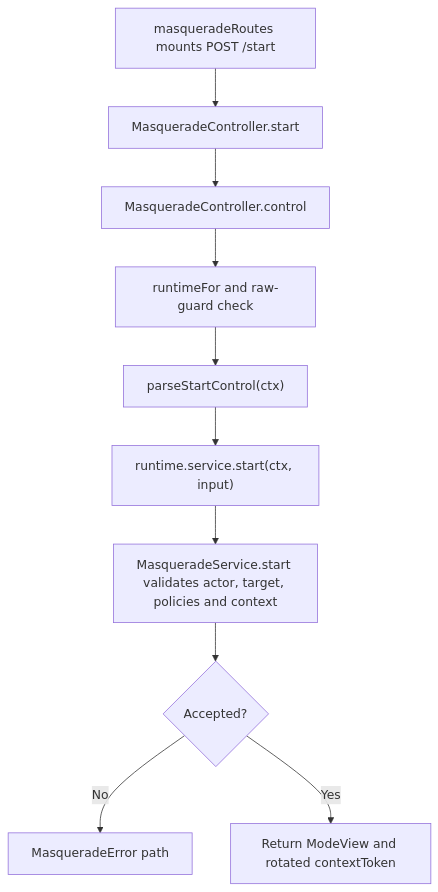
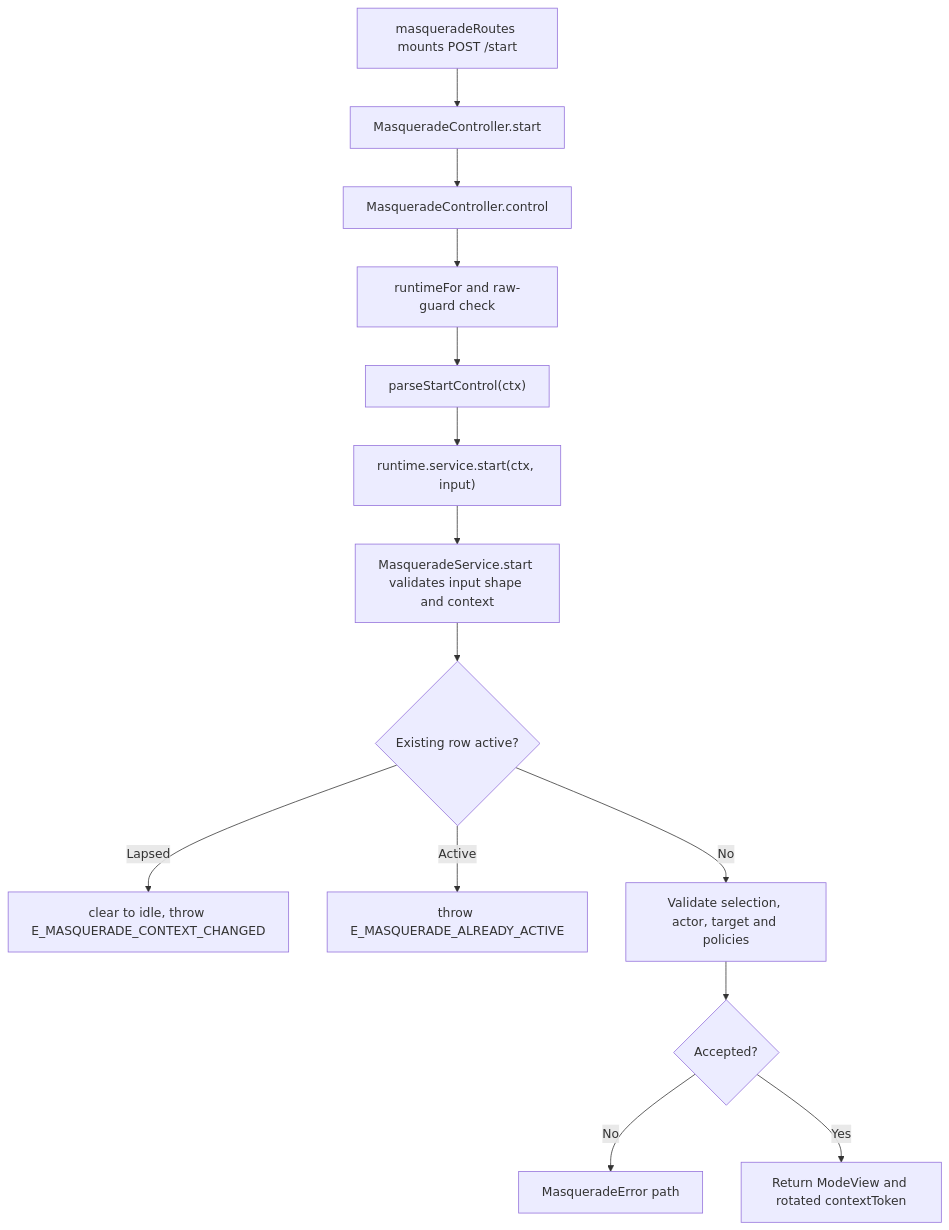
One commit to Kevinjohn/oss-adonisjs-masquerade changed the second of 2 diagrams in user-stories/start-stop-mode/us-actor-01-start-stop-mode.md. Above: the diagram before and after it, drawn with Mermaid. The commit also changed other lines of this file and 13 other files, not shown here.

````diff
--- a/user-stories/start-stop-mode/us-actor-01-start-stop-mode.md
+++ b/user-stories/start-stop-mode/us-actor-01-start-stop-mode.md
@@ -42,12 +46,16 @@
 ```mermaid
 flowchart TD
     A["masqueradeRoutes mounts POST /start"] --> B["MasqueradeController.start"]
     B --> C["MasqueradeController.control"]
     C --> D["runtimeFor and raw-guard check"]
     D --> E["parseStartControl(ctx)"]
     E --> F["runtime.service.start(ctx, input)"]
-    F --> G["MasqueradeService.start validates actor, target, policies and context"]
-    G --> H{"Accepted?"}
+    F --> G["MasqueradeService.start validates input shape and context"]
+    G --> L{"Existing row active?"}
+    L -->|Lapsed| M["clear to idle, throw E_MASQUERADE_CONTEXT_CHANGED"]
+    L -->|Active| N["throw E_MASQUERADE_ALREADY_ACTIVE"]
+    L -->|No| P["Validate selection, actor, target and policies"]
+    P --> H{"Accepted?"}
     H -->|No| I["MasqueradeError path"]
     H -->|Yes| J["Return ModeView and rotated contextToken"]
 ```
````
